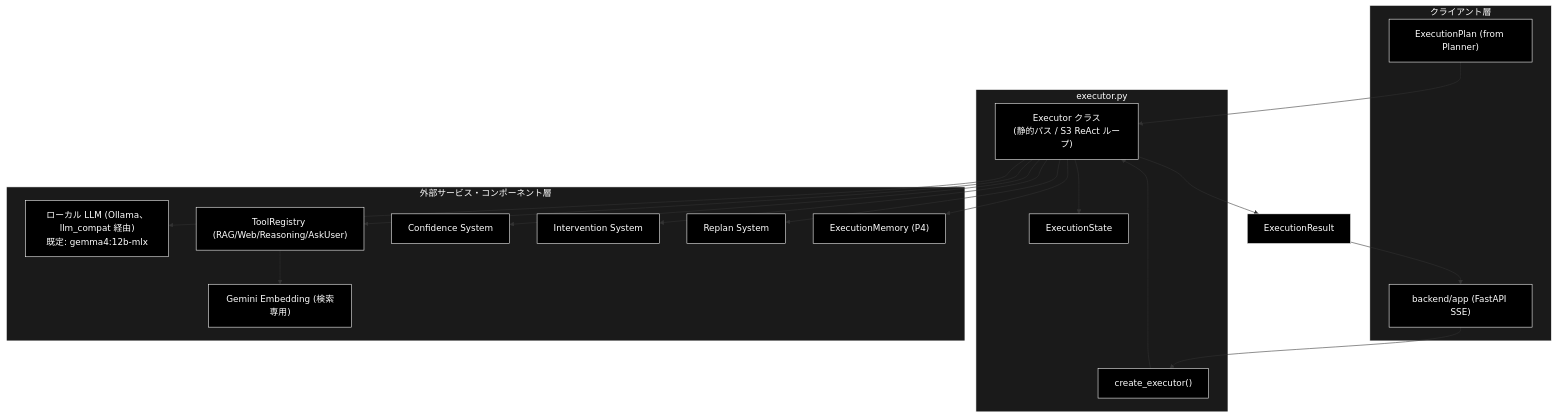
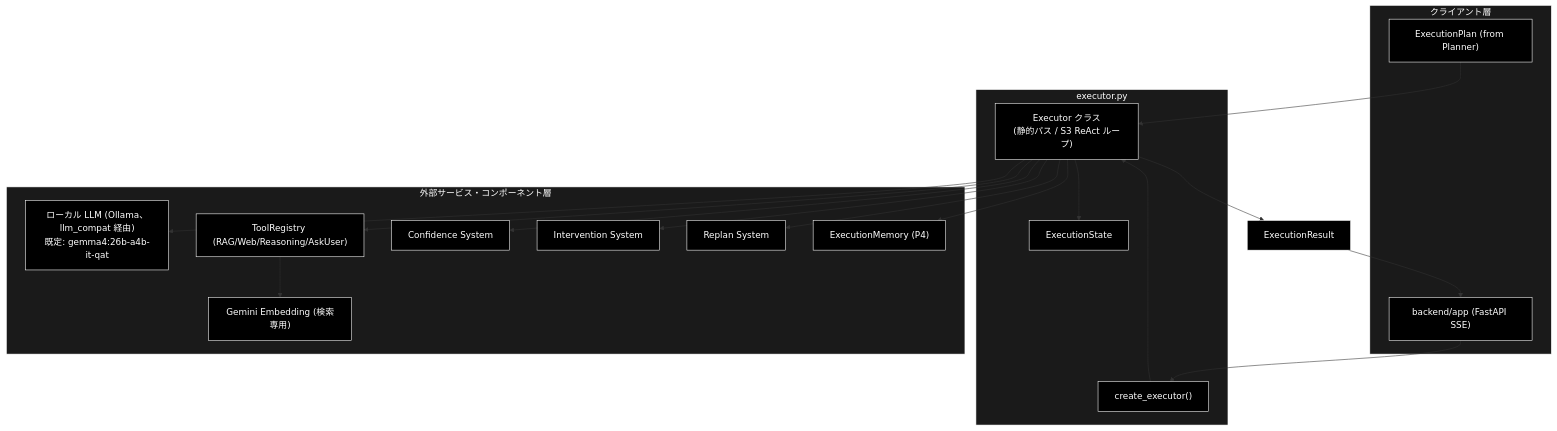
One commit to nakashima2toshio/grace_v2_local changed the first of 6 diagrams in grace/docs/executor.md. Above: the diagram before and after it, drawn with Mermaid. The commit also changed other lines of this file and 16 other files, not shown here.

````diff
--- a/grace/docs/executor.md
+++ b/grace/docs/executor.md
@@ -145,43 +145,43 @@
 ```mermaid
 flowchart TB
     subgraph CLIENT["クライアント層"]
         PLAN["ExecutionPlan (from Planner)"]
         WEBAPI["backend/app (FastAPI SSE)"]
     end
 
     subgraph MODULE["executor.py"]
         STATE["ExecutionState"]
         EXEC["Executor クラス<br>(静的パス / S3 ReAct ループ)"]
         FACTORY["create_executor()"]
     end
 
     subgraph EXTERNAL["外部サービス・コンポーネント層"]
-        LLM["ローカル LLM (Ollama、llm_compat 経由)<br>既定: gemma4:12b-mlx"]
+        LLM["ローカル LLM (Ollama、llm_compat 経由)<br>既定: gemma4:26b-a4b-it-qat"]
         EMB["Gemini Embedding (検索専用)"]
         TOOLS["ToolRegistry (RAG/Web/Reasoning/AskUser)"]
         CONF["Confidence System"]
         INTV["Intervention System"]
         REPLAN["Replan System"]
         MEM["ExecutionMemory (P4)"]
     end
 
     PLAN --> EXEC
     WEBAPI --> FACTORY
     FACTORY --> EXEC
     EXEC --> STATE
     EXEC --> LLM
     TOOLS --> EMB
     EXEC --> TOOLS
     EXEC --> CONF
     EXEC --> INTV
     EXEC --> REPLAN
     EXEC --> MEM
     EXEC --> RESULT["ExecutionResult"]
     RESULT --> WEBAPI
 classDef default fill:#000,stroke:#fff,color:#fff
 classDef subgraphStyle fill:#1a1a1a,stroke:#fff,color:#fff
 class PLAN,WEBAPI,STATE,EXEC,FACTORY,LLM,EMB,TOOLS,CONF,INTV,REPLAN,MEM,RESULT default
 style CLIENT fill:#1a1a1a,stroke:#fff,color:#fff
 style MODULE fill:#1a1a1a,stroke:#fff,color:#fff
 style EXTERNAL fill:#1a1a1a,stroke:#fff,color:#fff
 ```
````
